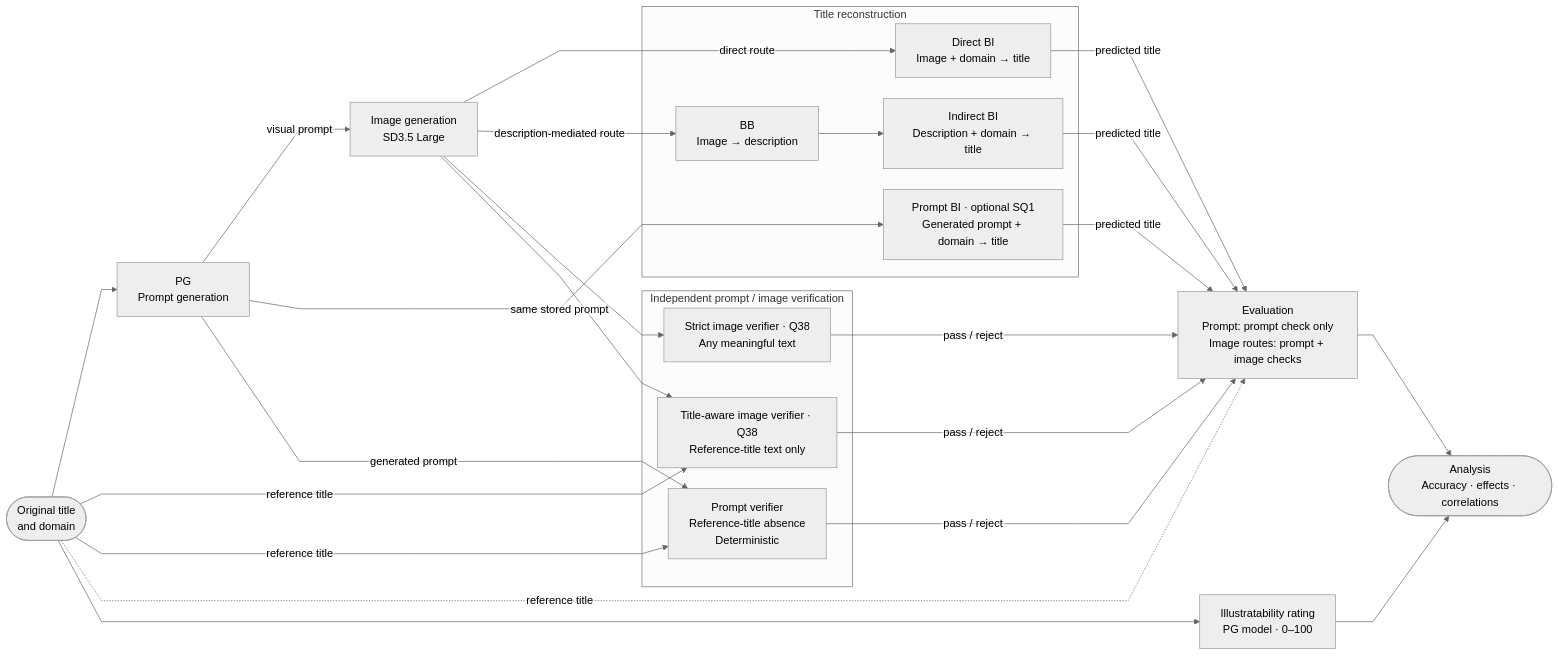
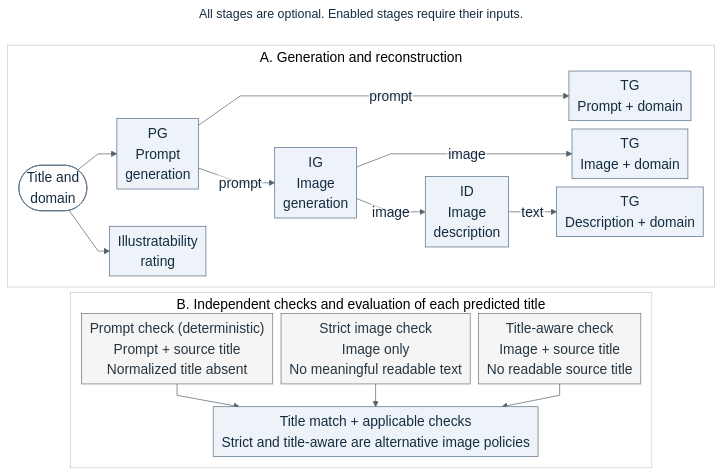
One commit to Michaelelelel/semantic_roundtrip changed the diagram in diagrams/pipeline.mmd. Above: the diagram before and after it, drawn with Mermaid. The commit also changed 105 other files, not shown here.

```diff
--- a/diagrams/pipeline.mmd
+++ b/diagrams/pipeline.mmd
@@ -1,59 +1,68 @@
 ---
+title: All stages are optional. Enabled stages require their inputs.
 config:
-  theme: neutral
+  theme: base
   fontFamily: Arial, sans-serif
   flowchart:
     curve: linear
-    nodeSpacing: 30
-    rankSpacing: 45
+    nodeSpacing: 12
+    rankSpacing: 8
     htmlLabels: false
+    padding: 6
+    wrappingWidth: 600
+    subGraphTitleMargin:
+      top: 4
+      bottom: 10
   themeVariables:
     fontFamily: Arial, sans-serif
-    fontSize: 16px
+    fontSize: 20px
+    primaryColor: '#edf3f8'
+    primaryTextColor: '#152c40'
+    primaryBorderColor: '#526b80'
+    lineColor: '#52616c'
+    clusterBkg: '#ffffff'
+    clusterBorder: '#c2ccd4'
+    edgeLabelBackground: '#ffffff'
 ---
-flowchart LR
-    %% Editable source for the thesis pipeline figure.
-    title(["Original title<br/>and domain"])
-    pg["PG<br/>Prompt generation"]
-    image["Image generation<br/>SD3.5 Large"]
+flowchart TB
+    %% Editable source for both the documentation SVG and thesis PDF.
+    %% The two panels reuse stored artifacts, not regenerated copies.
+    subgraph routes["A. Generation and reconstruction"]
+        direction LR
+        source(["Title and<br/>domain"])
+        pg["PG<br/>Prompt<br/>generation"]
+        ig["IG<br/>Image<br/>generation"]
+        id["ID<br/>Image<br/>description"]
+        direct["TG<br/>Image + domain"]
+        indirect["TG<br/>Description + domain"]
+        prompttg["TG<br/>Prompt + domain"]
+        rating["Illustratability<br/>rating"]
 
-    subgraph reconstruction["Title reconstruction"]
-        direct["Direct BI<br/>Image + domain → title"]
-        bb["BB<br/>Image → description"]
-        indirect["Indirect BI<br/>Description + domain → title"]
-        promptbi["Prompt BI · optional SQ1<br/>Generated prompt + domain → title"]
-        bb --> indirect
+        source --> pg
+        source --> rating
+        pg -->|prompt| ig
+        %% Longer links align the three TG alternatives in one right-hand column.
+        pg ---->|prompt| prompttg
+        ig --->|image| direct
+        ig -->|image| id
+        id -->|text| indirect
+        %% Every TG also receives the domain, stated inside each input box.
     end
 
-    subgraph verification["Independent prompt / image verification"]
-        strictverifier["Strict image verifier · Q38<br/>Any meaningful text"]
-        awareverifier["Title-aware image verifier · Q38<br/>Reference-title text only"]
-        promptverifier["Prompt verifier<br/>Reference-title absence<br/>Deterministic"]
+    subgraph assessment["B. Independent checks and evaluation of each predicted title"]
+        direction TB
+        promptcheck["Prompt check (deterministic)<br/>Prompt + source title<br/>Normalized title absent"]
+        strictcheck["Strict image check<br/>Image only<br/>No meaningful readable text"]
+        awarecheck["Title-aware check<br/>Image + source title<br/>No readable source title"]
+        score["Title match + applicable checks<br/>Strict and title-aware are alternative image policies"]
+
+        promptcheck --> score
+        strictcheck --> score
+        awarecheck --> score
     end
 
-    rating["Illustratability rating<br/>PG model · 0–100"]
-    evaluation["Evaluation<br/>Prompt: prompt check only<br/>Image routes: prompt + image checks"]
-    analysis(["Analysis<br/>Accuracy · effects · correlations"])
-
-    title --> pg
-    pg -->|visual prompt| image
-    pg -->|same stored prompt| promptbi
-    image -->|direct route| direct
-    image -->|description-mediated route| bb
-    direct -->|predicted title| evaluation
-    indirect -->|predicted title| evaluation
-    promptbi -->|predicted title| evaluation
-
-    image --> strictverifier
-    image --> awareverifier
-    title -->|reference title| awareverifier
-    pg -->|generated prompt| promptverifier
-    title -->|reference title| promptverifier
-    promptverifier -->|pass / reject| evaluation
-    strictverifier -->|pass / reject| evaluation
-    awareverifier -->|pass / reject| evaluation
-    title -.->|reference title| evaluation
-
-    title --> rating
-    rating --> analysis
-    evaluation --> analysis
+    routes ~~~ assessment
+    classDef context fill:#ffffff,stroke:#526b80,color:#152c40;
+    classDef check fill:#f5f5f5,stroke:#68737b,color:#253541;
+    class source context;
+    class promptcheck,strictcheck,awarecheck check;
```
